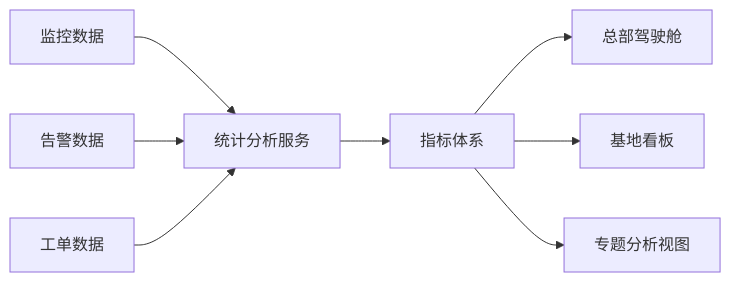
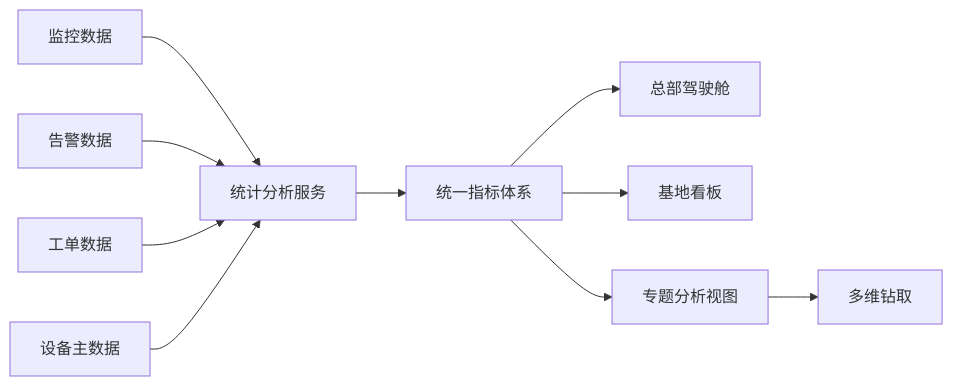
Before and after one commit to dptdptdpt1/26_jgs_lw: the diagram in 场景到技术/07_运维分析与可视化.md, drawn with Mermaid. The commit also changed other lines of this file and 17 other files, not shown here.

````diff
--- a/场景到技术/07_运维分析与可视化.md
+++ b/场景到技术/07_运维分析与可视化.md
@@ -101,10 +166,12 @@
 ```mermaid
 flowchart LR
     A["监控数据"] --> D["统计分析服务"]
     B["告警数据"] --> D
     C["工单数据"] --> D
-    D --> E["指标体系"]
-    E --> F["总部驾驶舱"]
-    E --> G["基地看板"]
-    E --> H["专题分析视图"]
+    E["设备主数据"] --> D
+    D --> F["统一指标体系"]
+    F --> G["总部驾驶舱"]
+    F --> H["基地看板"]
+    F --> I["专题分析视图"]
+    I --> J["多维钻取"]
 ```
````
